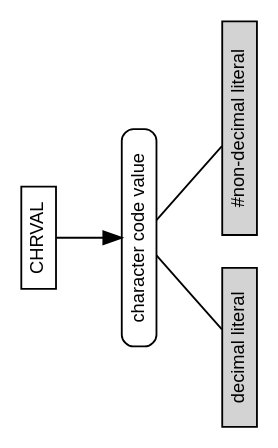
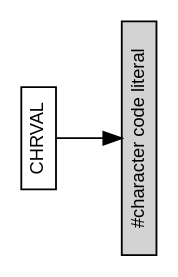
Before and after one commit to m2sf/M2-AST-Node-Diagrams: the diagram in chrval.dot, drawn with Graphviz.

Commit message:
replaced

```diff
--- a/chrval.dot
+++ b/chrval.dot
@@ -1,67 +1,61 @@
 /* AST node diagram generator script collection for M2C, M2J and M2Sharp.
  *
  * Copyright (c) 2016 The Modula-2 Software Foundation
  *
  * Author & Maintainer: Benjamin Kowarsch <org.m2sf>
  *
  * @synopsis
  *
  * The M2C, M2J and M2Sharp compilers are multi-dialect Modula-2 translators
  * and compilers respectively targeting C99, Java/JVM and C#/CLR, sharing a
  * common abstract syntax tree (AST) specification.
  *
  * The AST node diagram generator script collection consists of Graphviz DOT
  * descriptions for all AST node types of the common AST specification.
  *
  * The Graphviz dot utility is required to generate the diagrams. 
  * It may be obtained from http://www.graphviz.org/download.php.
  *
  * @repository
  *
  * https://github.com/m2sf/m2-ast-node-diagrams
  *
  * @file
  *
  * chrval.dot
  *
  * CHRVAL node diagram.
  *
  * Usage: $ dot chrval.dot -Tps > chrval.ps
  *
  * @license
  *
  * This is free software: you can redistribute and/or modify it under the
  * terms of the GNU Lesser General Public License (LGPL) either version 2.1
  * or at your choice version 3 as published by the Free Software Foundation.
  * However, you may not alter the copyright, author and license information.
  *
  * It is distributed in the hope that it will be useful,  but WITHOUT
  * ANY WARRANTY; without even the implied warranty of MERCHANTABILITY or
  * FITNESS FOR A PARTICULAR PURPOSE.  Read the license for more details.
  *
  * You should have received a copy of the GNU Lesser General Public License.
  * If not, see <https://www.gnu.org/copyleft/lesser.html>.
  *
  * NB: Components in the domain part of email addresses are in reverse order.
  */
 
 /*** CHRVAL Node ***/
 
 digraph CHRVAL {
   graph [orientation=landscape,fontname=helvetica];
   node [fontname=helvetica,fontsize=10,shape=box,height=0.25];
   
   node [style=solid];
   edge [arrowhead=normal];
   
   CHRVAL -> id0;
-  id0 [label="character code value",style=rounded];
-  
-  edge [arrowhead=none];
-  
-  id0 -> { id1 id2 };
-  id1 [label="decimal literal",style=filled,fillcolor=lightgrey];
-  id2 [label="#non-decimal literal",style=filled,fillcolor=lightgrey];
+  id0 [label="#character code literal",style=filled,fillcolor=lightgrey];
 }
 
 /* END OF FILE */
```
